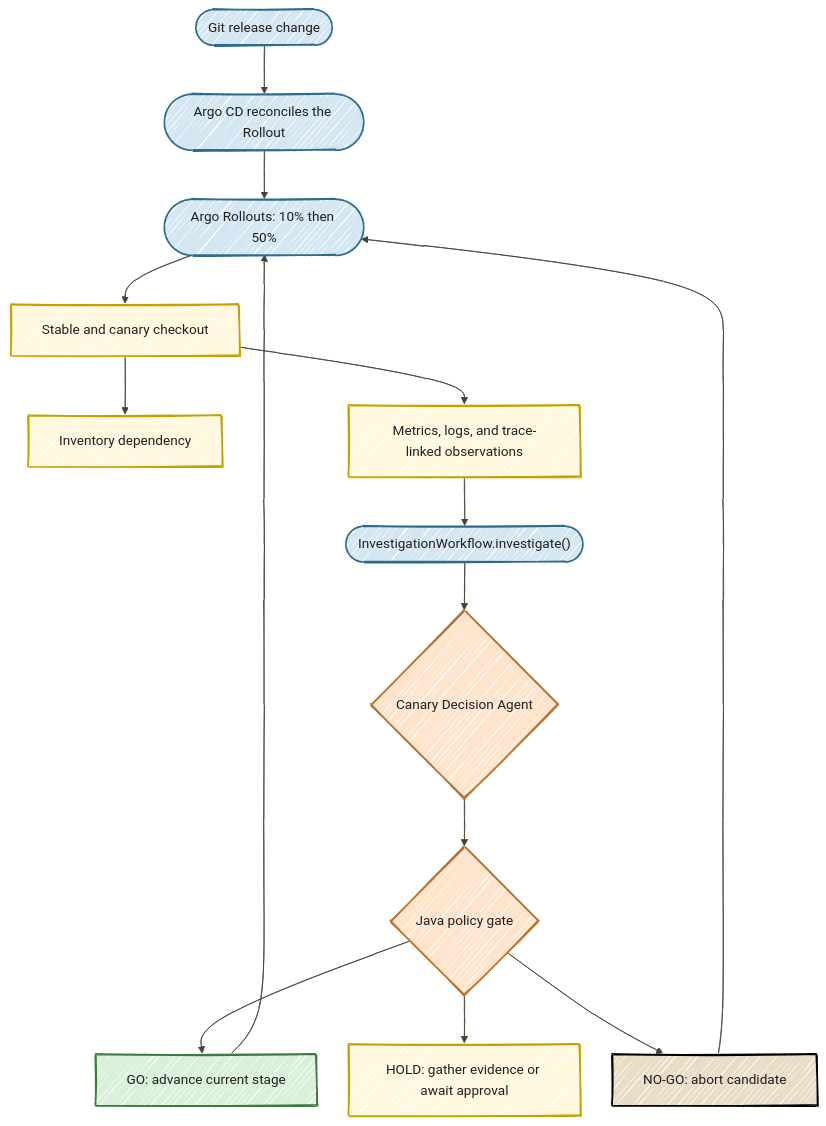
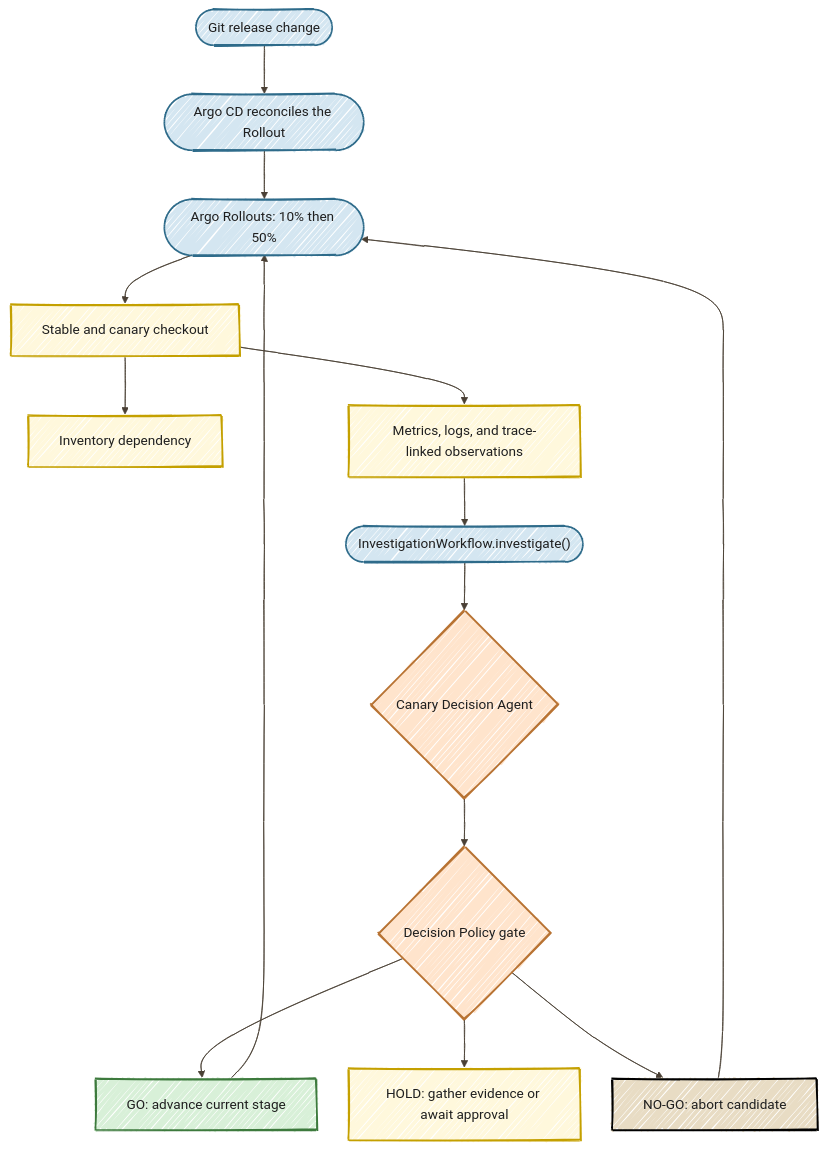
The diagram in src/main/resources/META-INF/resources/diagrams/architecture.mmd (danieloh30/intelligent-canary-delivery), drawn with Mermaid before and after one commit. The commit also changed 12 other files, not shown here.

Commit message:
Explain Decision Policy and HITL in the SPA presenter guide

```diff
--- a/src/main/resources/META-INF/resources/diagrams/architecture.mmd
+++ b/src/main/resources/META-INF/resources/diagrams/architecture.mmd
@@ -1,33 +1,33 @@
 %%{init: {'look':'handDrawn','theme':'base','themeVariables': {'darkMode':false,'background':'#FFFCF5','primaryTextColor':'#1F1F1F','secondaryTextColor':'#1F1F1F','tertiaryTextColor':'#1F1F1F','textColor':'#1F1F1F','lineColor':'#4A4035','edgeLabelBackground':'#FFFCF5','clusterBkg':'#F5F5F0','clusterBorder':'#6B5B45','fontSize':'16px'},'flowchart': {'nodeSpacing':35,'rankSpacing':55,'padding':18}}}%%
 flowchart TD
     Git(["Git release change"])
     CD(["Argo CD reconciles the Rollout"])
     R(["Argo Rollouts: 10% then 50%"])
     W["Stable and canary checkout"]
     I["Inventory dependency"]
     O["Metrics, logs, and trace-linked observations"]
     A(["InvestigationWorkflow.investigate()"])
     D{"Canary Decision Agent"}
-    P{"Java policy gate"}
+    P{"Decision Policy gate"}
     GO["GO: advance current stage"]
     HOLD["HOLD: gather evidence or await approval"]
     NO["NO-GO: abort candidate"]
     Git --> CD --> R --> W --> I
     W --> O --> A --> D --> P
     P --> GO
     P --> HOLD
     P --> NO
     GO --> R
     NO --> R
     style Git fill:#D4E6F1,stroke:#2E6B8A,color:#1F1F1F,stroke-width:2px
     style CD fill:#D4E6F1,stroke:#2E6B8A,color:#1F1F1F,stroke-width:2px
     style R fill:#D4E6F1,stroke:#2E6B8A,color:#1F1F1F,stroke-width:2px
     style W fill:#FFF8DC,stroke:#C4A000,color:#1F1F1F,stroke-width:2px
     style I fill:#FFF8DC,stroke:#C4A000,color:#1F1F1F,stroke-width:2px
     style O fill:#FFF8DC,stroke:#C4A000,color:#1F1F1F,stroke-width:2px
     style A fill:#D4E6F1,stroke:#2E6B8A,color:#1F1F1F,stroke-width:2px
     style D fill:#FFE4CC,stroke:#B87333,color:#1F1F1F,stroke-width:2px
     style P fill:#FFE4CC,stroke:#B87333,color:#1F1F1F,stroke-width:2px
     style GO fill:#D8F0D8,stroke:#3D7A3D,color:#1F1F1F,stroke-width:2px
     style HOLD fill:#FFF8DC,stroke:#C4A000,color:#1F1F1F,stroke-width:2px
     style NO fill:#E8DCC4,stroke:#000000,color:#1F1F1F,stroke-width:2px
```
